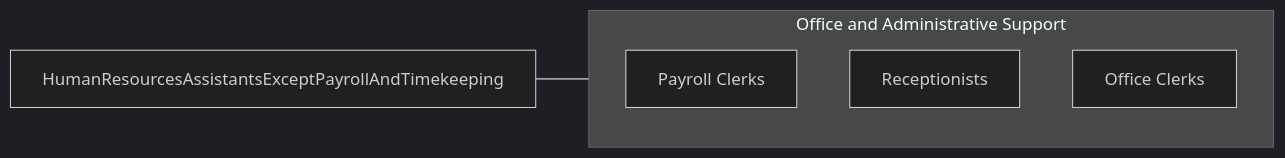
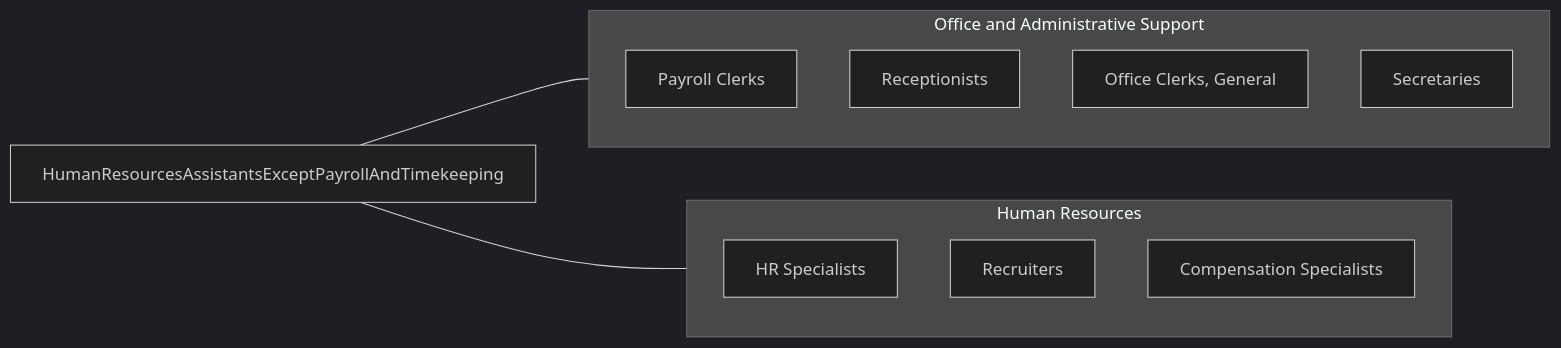
One commit to kziemski/business.org.ai changed the fourth of 4 diagrams in occupations/Administrative/HumanResourcesAssistantsExceptPayrollAndTimekeeping.mdx. Above: the diagram before and after it, drawn with Mermaid (dark theme). The commit also changed other lines of this file and 19 other files, not shown here.

````diff
--- a/occupations/Administrative/HumanResourcesAssistantsExceptPayrollAndTimekeeping.mdx
+++ b/occupations/Administrative/HumanResourcesAssistantsExceptPayrollAndTimekeeping.mdx
@@ -102,10 +226,20 @@
 ```mermaid
 graph LR
     Current["HumanResourcesAssistantsExceptPayrollAndTimekeeping"]
+
     subgraph SameCategory["Office and Administrative Support"]
-        RPayrollClerks["Payroll Clerks"]
-        RReceptionists["Receptionists"]
-        ROfficeClerks["Office Clerks"]
+        PayrollClerks["Payroll Clerks"]
+        Receptionists["Receptionists"]
+        OfficeClerks["Office Clerks, General"]
+        Secretaries["Secretaries"]
     end
+
+    subgraph CrossFunctional["Human Resources"]
+        HRSpecialists["HR Specialists"]
+        Recruiters["Recruiters"]
+        CompensationAnalysts["Compensation Specialists"]
+    end
+
     Current --- SameCategory
+    Current --- CrossFunctional
 ```
````
